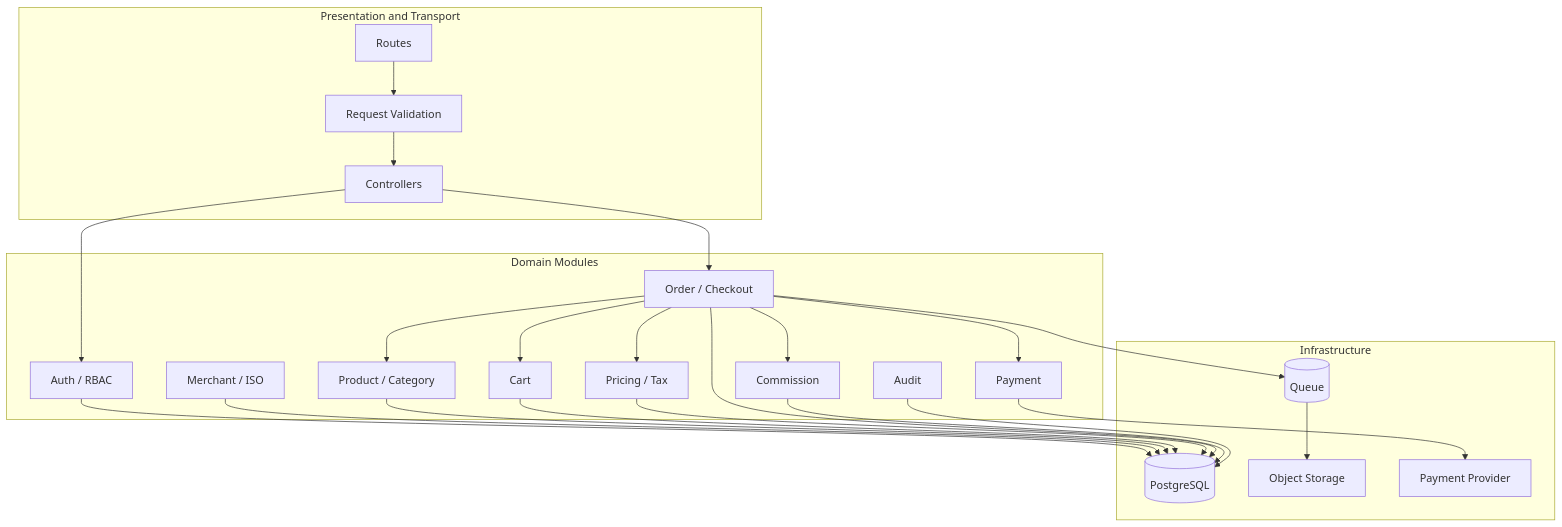
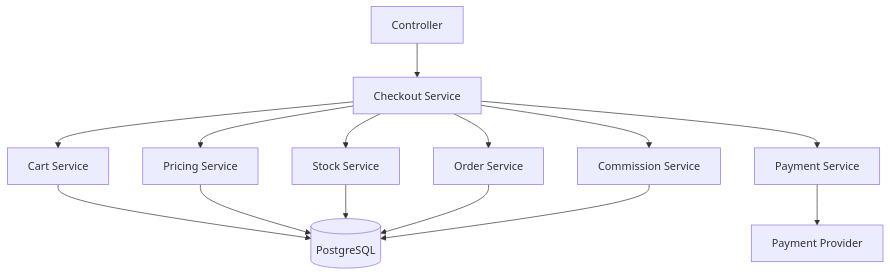
The diagram in diagrams/domain-modules.mmd (Nawaz393/enterprise-retail-saas-architecture), drawn with Mermaid before and after one commit. The commit also changed 21 other files, not shown here.

First line of the commit message:
Refactor documentation and diagrams for clarity and accuracy

```diff
--- a/diagrams/domain-modules.mmd
+++ b/diagrams/domain-modules.mmd
@@ -1,39 +1,14 @@
-flowchart TB
-    subgraph Transport["Presentation and Transport"]
-        ROUTES[Routes] --> VALIDATE[Request Validation] --> CTRL[Controllers]
-    end
-    subgraph Domains["Domain Modules"]
-        AUTH[Auth / RBAC]
-        MERCHANT[Merchant / ISO]
-        CATALOG[Product / Category]
-        CART[Cart]
-        PRICE[Pricing / Tax]
-        ORDER[Order / Checkout]
-        PAYMENT[Payment]
-        COMMISSION[Commission]
-        AUDIT[Audit]
-    end
-    subgraph Infrastructure["Infrastructure"]
-        DB[(PostgreSQL)]
-        QUEUE[(Queue)]
-        STORAGE[Object Storage]
-        PROVIDER[Payment Provider]
-    end
-    CTRL --> AUTH
-    CTRL --> ORDER
-    ORDER --> CART
-    ORDER --> PRICE
-    ORDER --> CATALOG
-    ORDER --> PAYMENT
-    ORDER --> COMMISSION
-    AUTH --> DB
-    MERCHANT --> DB
-    CATALOG --> DB
-    CART --> DB
+flowchart TD
+    CTRL[Controller] --> CHECKOUT[Checkout Service]
+    CHECKOUT --> CART[Cart Service]
+    CHECKOUT --> PRICE[Pricing Service]
+    CHECKOUT --> STOCK[Stock Service]
+    CHECKOUT --> ORDER[Order Service]
+    CHECKOUT --> PAYMENT[Payment Service]
+    CHECKOUT --> COMMISSION[Commission Service]
+    CART --> DB[(PostgreSQL)]
     PRICE --> DB
+    STOCK --> DB
     ORDER --> DB
-    PAYMENT --> PROVIDER
     COMMISSION --> DB
-    AUDIT --> DB
-    ORDER --> QUEUE
-    QUEUE --> STORAGE
+    PAYMENT --> GATEWAY[Payment Provider]
```
